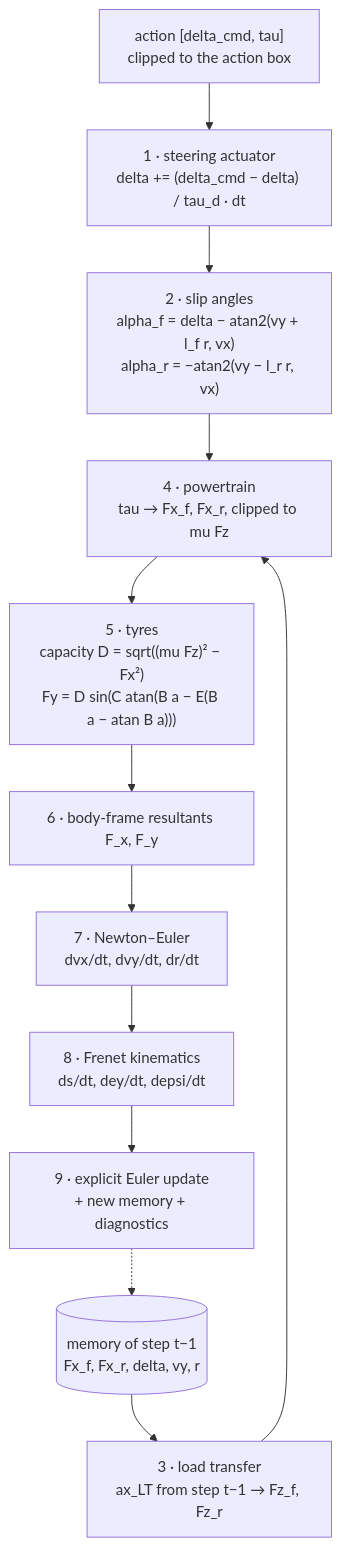
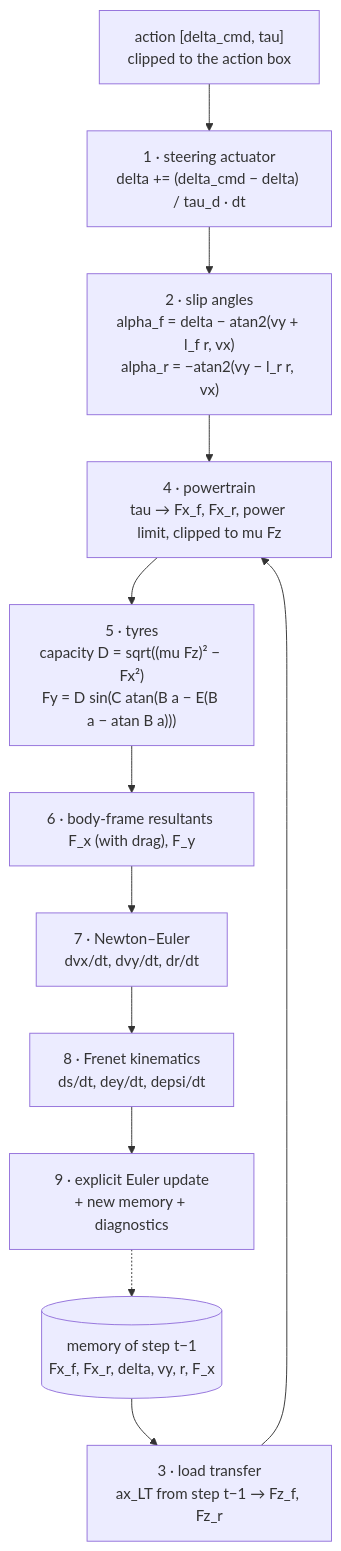
One commit to antoniooodev/ten-tenths changed the diagram in README.md. Above: the diagram before and after it, drawn with Mermaid. The commit also changed other lines of this file and 15 other files, not shown here.

````diff
--- a/README.md
+++ b/README.md
@@ -75,15 +98,15 @@
 ```mermaid
 flowchart TD
     A["action [delta_cmd, tau]<br/>clipped to the action box"] --> B
     B["1 · steering actuator<br/>delta += (delta_cmd − delta) / tau_d · dt"] --> C
     C["2 · slip angles<br/>alpha_f = delta − atan2(vy + l_f r, vx)<br/>alpha_r = −atan2(vy − l_r r, vx)"] --> E
-    M[("memory of step t−1<br/>Fx_f, Fx_r, delta, vy, r")] --> D
+    M[("memory of step t−1<br/>Fx_f, Fx_r, delta, vy, r, F_x")] --> D
     D["3 · load transfer<br/>ax_LT from step t−1 → Fz_f, Fz_r"] --> E
-    E["4 · powertrain<br/>tau → Fx_f, Fx_r, clipped to mu Fz"] --> F
+    E["4 · powertrain<br/>tau → Fx_f, Fx_r, power limit, clipped to mu Fz"] --> F
     F["5 · tyres<br/>capacity D = sqrt((mu Fz)² − Fx²)<br/>Fy = D sin(C atan(B a − E(B a − atan B a)))"] --> G
-    G["6 · body-frame resultants F_x, F_y"] --> H
+    G["6 · body-frame resultants F_x (with drag), F_y"] --> H
     H["7 · Newton–Euler<br/>dvx/dt, dvy/dt, dr/dt"] --> I
     I["8 · Frenet kinematics<br/>ds/dt, dey/dt, depsi/dt"] --> J
     J["9 · explicit Euler update<br/>+ new memory + diagnostics"]
     J -.-> M
 ```
````
